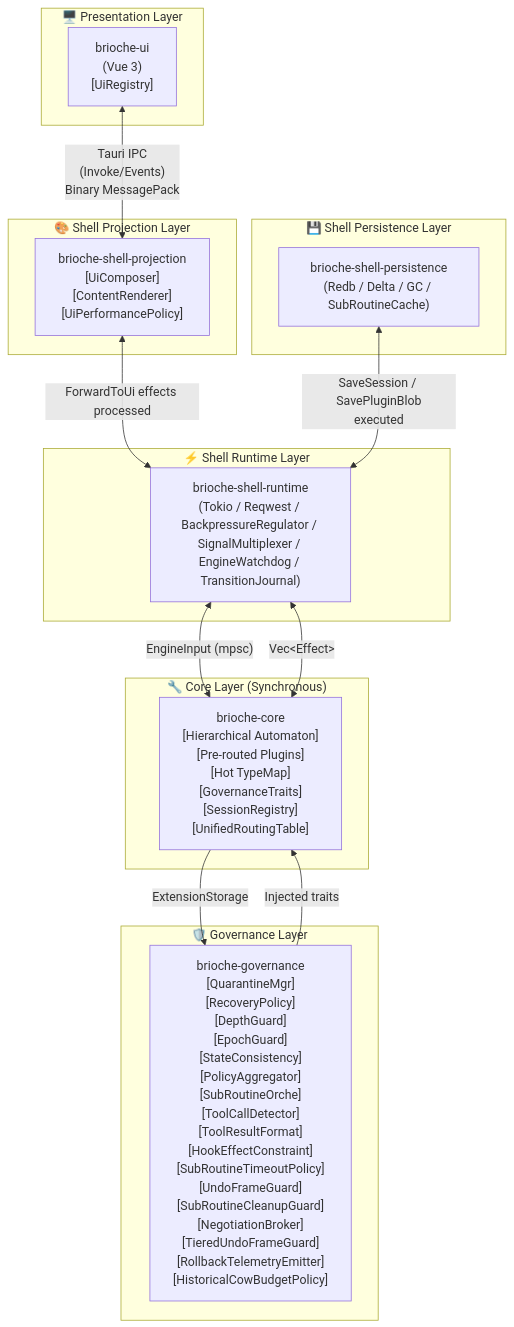
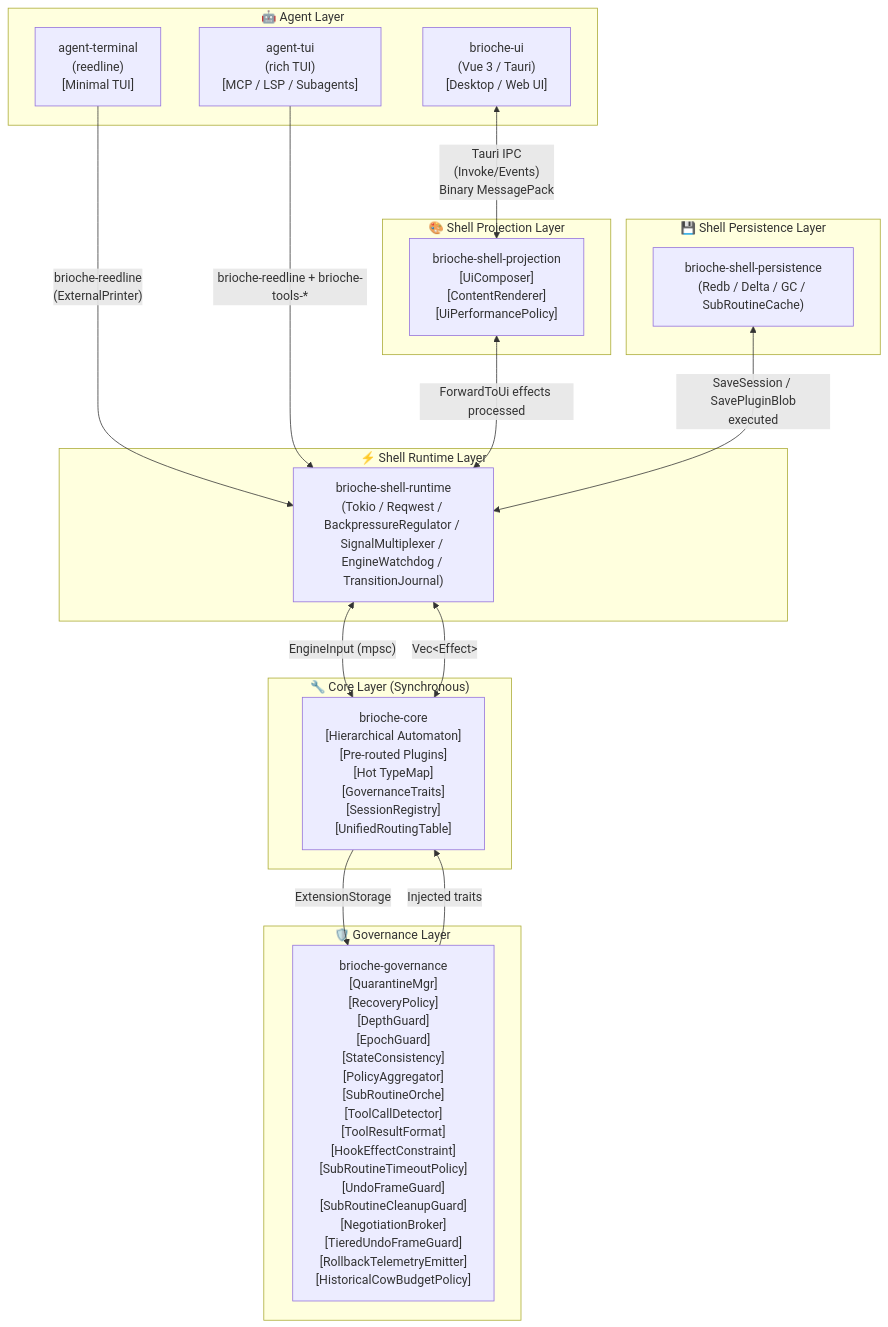
The first of 3 diagrams in SPECS.md (brio-labs/brioche), drawn with Mermaid before and after one commit. The commit also changed other lines of this file and 171 other files, not shown here.

First line of the commit message:
feat(repo): reorganize crates into categorized folders and extract brioche-reedline (#29)

````diff
--- a/SPECS.md
+++ b/SPECS.md
@@ -181,34 +181,38 @@
 ```mermaid
 flowchart TB
-    subgraph UI["🖥️ Presentation Layer"]
-        UI_APP["brioche-ui<br/>(Vue 3)<br/>[UiRegistry]"]
+    subgraph AGENT["🤖 Agent Layer"]
+        AGENT_TERM["agent-terminal<br/>(reedline)<br/>[Minimal TUI]"]
+        AGENT_TUI["agent-tui<br/>(rich TUI)<br/>[MCP / LSP / Subagents]"]
+        AGENT_DESK["brioche-ui<br/>(Vue 3 / Tauri)<br/>[Desktop / Web UI]"]
     end
 
     subgraph SHELL_PROJ["🎨 Shell Projection Layer"]
         SHELL_PROJ_APP["brioche-shell-projection<br/>[UiComposer]<br/>[ContentRenderer]<br/>[UiPerformancePolicy]"]
     end
 
     subgraph SHELL_PERS["💾 Shell Persistence Layer"]
         SHELL_PERS_APP["brioche-shell-persistence<br/>(Redb / Delta / GC / SubRoutineCache)"]
     end
 
     subgraph SHELL_RT["⚡ Shell Runtime Layer"]
         SHELL_RT_APP["brioche-shell-runtime<br/>(Tokio / Reqwest / BackpressureRegulator / SignalMultiplexer / EngineWatchdog / TransitionJournal)"]
     end
 
     subgraph CORE["🔧 Core Layer (Synchronous)"]
         CORE_APP["brioche-core<br/>[Hierarchical Automaton]<br/>[Pre-routed Plugins]<br/>[Hot TypeMap]<br/>[GovernanceTraits]<br/>[SessionRegistry]<br/>[UnifiedRoutingTable]"]
     end
 
     subgraph GOV["🛡️ Governance Layer"]
         GOV_APP["brioche-governance<br/>[QuarantineMgr]<br/>[RecoveryPolicy]<br/>[DepthGuard]<br/>[EpochGuard]<br/>[StateConsistency]<br/>[PolicyAggregator]<br/>[SubRoutineOrche]<br/>[ToolCallDetector]<br/>[ToolResultFormat]<br/>[HookEffectConstraint]<br/>[SubRoutineTimeoutPolicy]<br/>[UndoFrameGuard]<br/>[SubRoutineCleanupGuard]<br/>[NegotiationBroker]<br/>[TieredUndoFrameGuard]<br/>[RollbackTelemetryEmitter]<br/>[HistoricalCowBudgetPolicy]"]
     end
 
-    UI_APP <-->|"Tauri IPC<br/>(Invoke/Events)<br/>Binary MessagePack"| SHELL_PROJ_APP
+    AGENT_DESK <-->|"Tauri IPC<br/>(Invoke/Events)<br/>Binary MessagePack"| SHELL_PROJ_APP
+    AGENT_TERM -->|"brioche-reedline<br/>(ExternalPrinter)"| SHELL_RT_APP
+    AGENT_TUI -->|"brioche-reedline + brioche-tools-*"| SHELL_RT_APP
     SHELL_PROJ_APP <-->|"ForwardToUi effects processed"| SHELL_RT_APP
     SHELL_RT_APP <-->|"EngineInput (mpsc)"| CORE_APP
     SHELL_RT_APP <-->|"Vec&lt;Effect&gt;"| CORE_APP
     SHELL_PERS_APP <-->|"SaveSession / SavePluginBlob<br/>executed"| SHELL_RT_APP
     GOV_APP -->|"Injected traits"| CORE_APP
     CORE_APP -->|"ExtensionStorage"| GOV_APP
 ```
````
